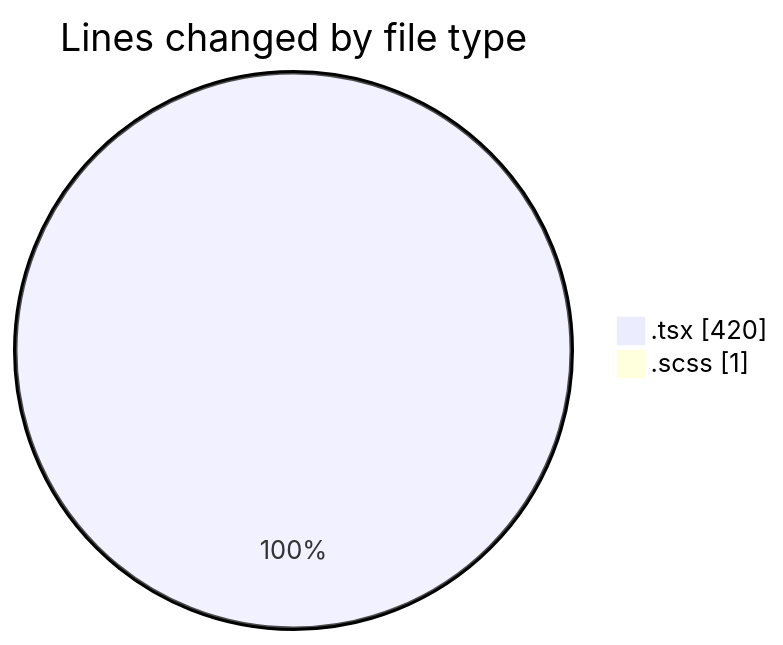
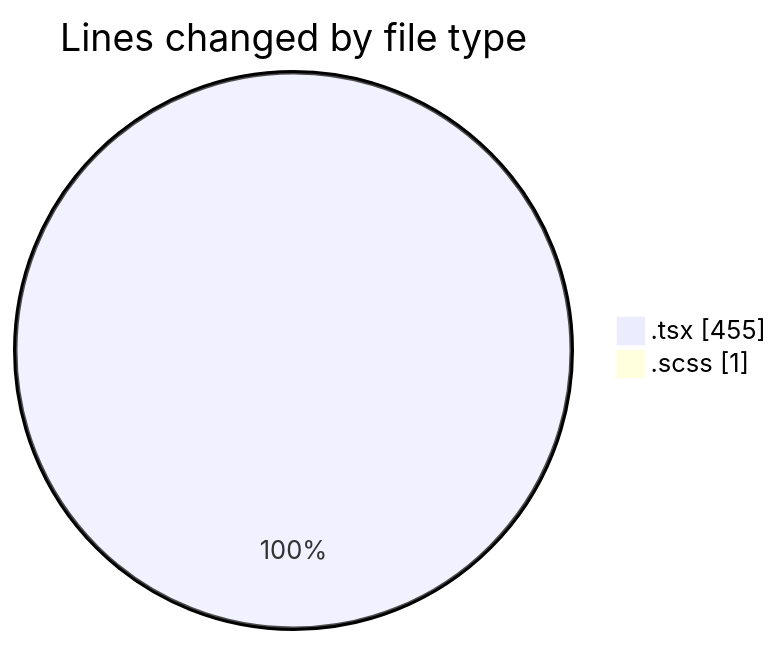
One commit to momahboobian/code-tracking changed the first of 2 diagrams in 2025-03-19/cda/README.md. Above: the diagram before and after it, drawn with Mermaid. The commit also changed other lines of this file and 1 other file, not shown here.

````diff
--- a/2025-03-19/cda/README.md
+++ b/2025-03-19/cda/README.md
@@ -23,6 +23,6 @@
 ```mermaid
 pie showData
 title Lines changed by file type
-".tsx" : 420
+".tsx" : 455
 ".scss" : 1
 ```
````
